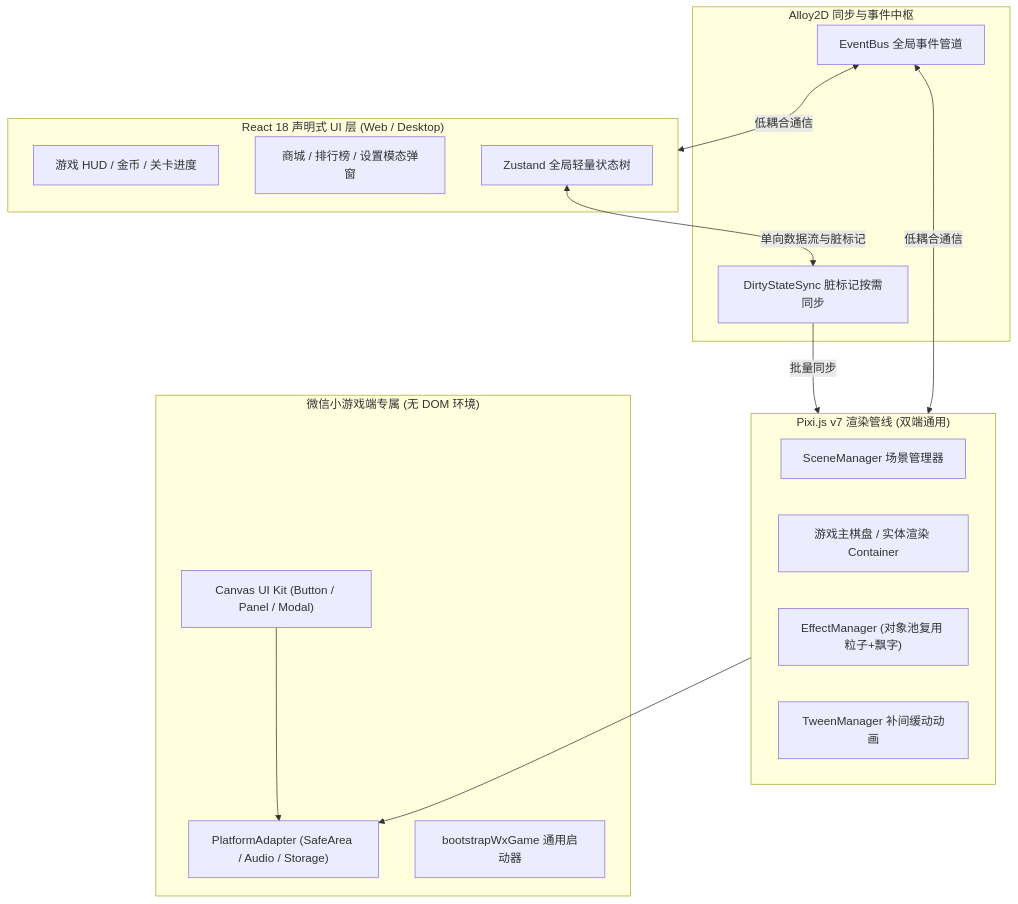
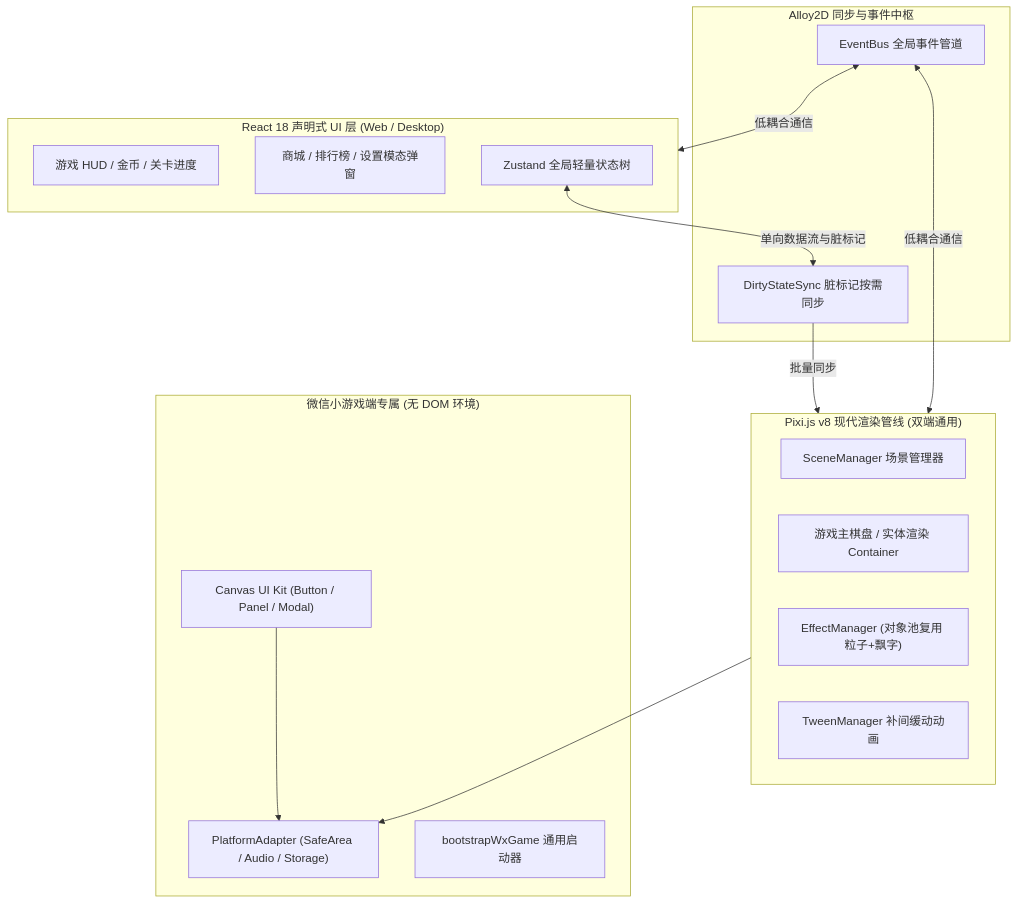
One commit to javanokia/Alloy2D changed the diagram in README.md. Above: the diagram before and after it, drawn with Mermaid. The commit also changed 27 other files, not shown here.

````diff
--- a/README.md
+++ b/README.md
@@ -28,34 +28,34 @@
 ```mermaid
 flowchart TD
     subgraph UI_Layer["React 18 声明式 UI 层 (Web / Desktop)"]
         ReactHUD["游戏 HUD / 金币 / 关卡进度"]
         ReactModals["商城 / 排行榜 / 设置模态弹窗"]
         ZustandStore["Zustand 全局轻量状态树"]
     end
 
     subgraph Sync_Engine["Alloy2D 同步与事件中枢"]
         DirtySync["DirtyStateSync 脏标记按需同步"]
         EventBus["EventBus 全局事件管道"]
     end
 
-    subgraph Render_Layer["Pixi.js v7 渲染管线 (双端通用)"]
+    subgraph Render_Layer["Pixi.js v8 现代渲染管线 (双端通用)"]
         SceneMgr["SceneManager 场景管理器"]
         Board["游戏主棋盘 / 实体渲染 Container"]
         EffectMgr["EffectManager (对象池复用 粒子+飘字)"]
         TweenMgr["TweenManager 补间缓动动画"]
     end
 
     subgraph Native_Wx["微信小游戏端专属 (无 DOM 环境)"]
         CanvasKit["Canvas UI Kit (Button / Panel / Modal)"]
         WxAdapter["PlatformAdapter (SafeArea / Audio / Storage)"]
         WxBoot["bootstrapWxGame 通用启动器"]
     end
 
     ZustandStore <-->|单向数据流与脏标记| DirtySync
     DirtySync -->|批量同步| Render_Layer
     EventBus <-->|低耦合通信| UI_Layer
     EventBus <-->|低耦合通信| Render_Layer
 
     Render_Layer --> WxAdapter
     CanvasKit --> WxAdapter
 ```
````
